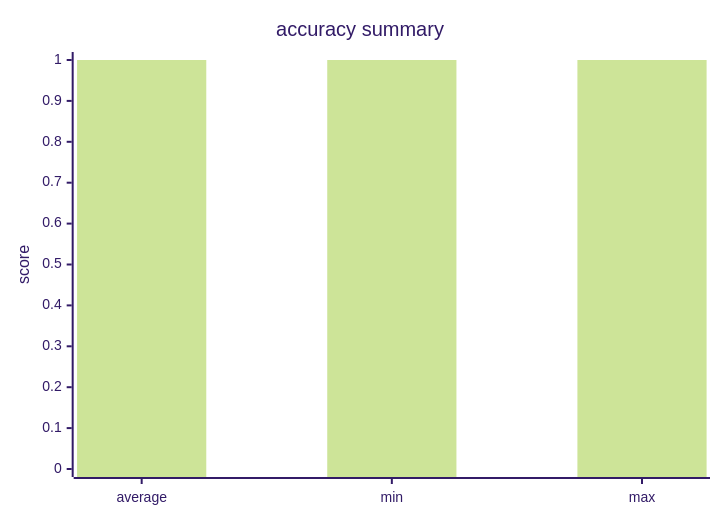
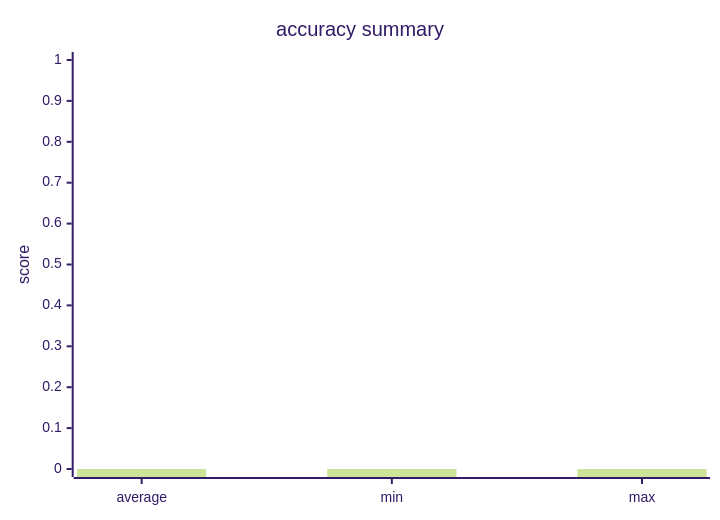
The diagram in MedicalLLM/evaluation_report.md (coder-booker/HKU-ELEC4848-2025-SDP-MedicalLLM), drawn with Mermaid (forest theme) before and after one commit. The commit also changed other lines of this file and 28 other files, not shown here.

````diff
--- a/MedicalLLM/evaluation_report.md
+++ b/MedicalLLM/evaluation_report.md
@@ -21,7 +21,7 @@
 ```mermaid
 xychart-beta
     title "accuracy summary"
     x-axis ["average", "min", "max"]
     y-axis "score" 0 --> 1
-    bar [1.0, 1.0, 1.0]
+    bar [0.0, 0.0, 0.0]
 ```
````
